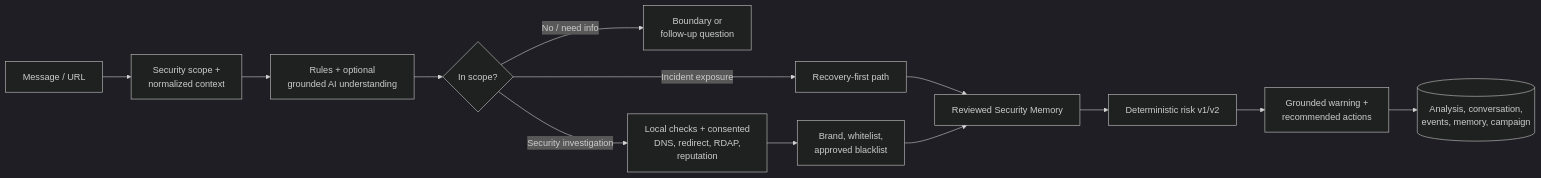
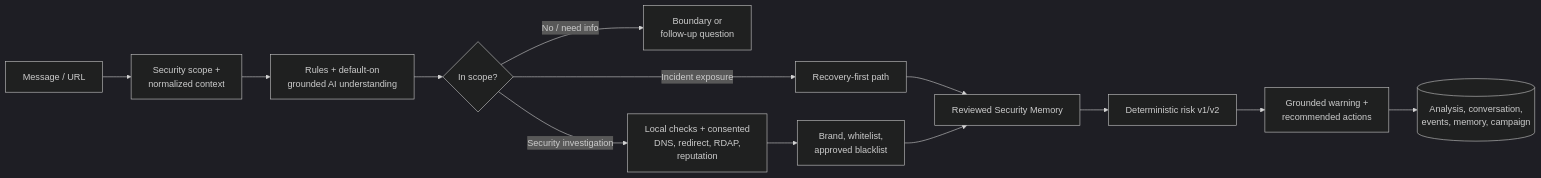
The diagram in README.md (Binhdn04/TrustGuard-AI), drawn with Mermaid (dark theme) before and after one commit. The commit also changed other lines of this file and 63 other files, not shown here.

````diff
--- a/README.md
+++ b/README.md
@@ -9,15 +9,15 @@
 ```mermaid
 flowchart LR
     Input[Message / URL] --> Scope[Security scope +<br/>normalized context]
-    Scope --> Understanding[Rules + optional<br/>grounded AI understanding]
+    Scope --> Understanding[Rules + default-on<br/>grounded AI understanding]
     Understanding --> Decision{In scope?}
     Decision -->|No / need info| Boundary[Boundary or<br/>follow-up question]
     Decision -->|Incident exposure| Recovery[Recovery-first path]
     Decision -->|Security investigation| Tools[Local checks + consented<br/>DNS, redirect, RDAP,<br/>reputation]
     Tools --> Trust[Brand, whitelist,<br/>approved blacklist]
     Recovery --> MemoryLookup[Reviewed Security Memory]
     Trust --> MemoryLookup
     MemoryLookup --> Risk[Deterministic risk v1/v2]
     Risk --> Response[Grounded warning +<br/>recommended actions]
     Response --> Store[(Analysis, conversation,<br/>events, memory, campaign)]
 ```
````
